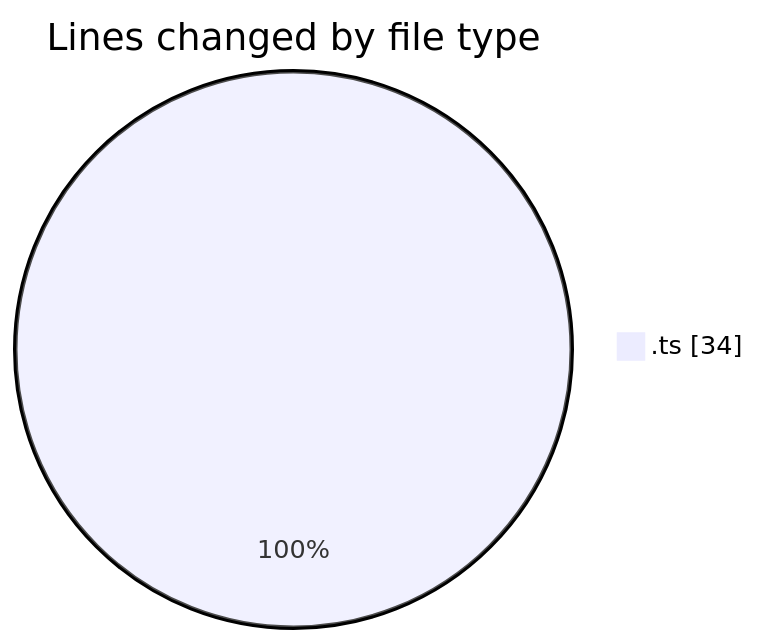
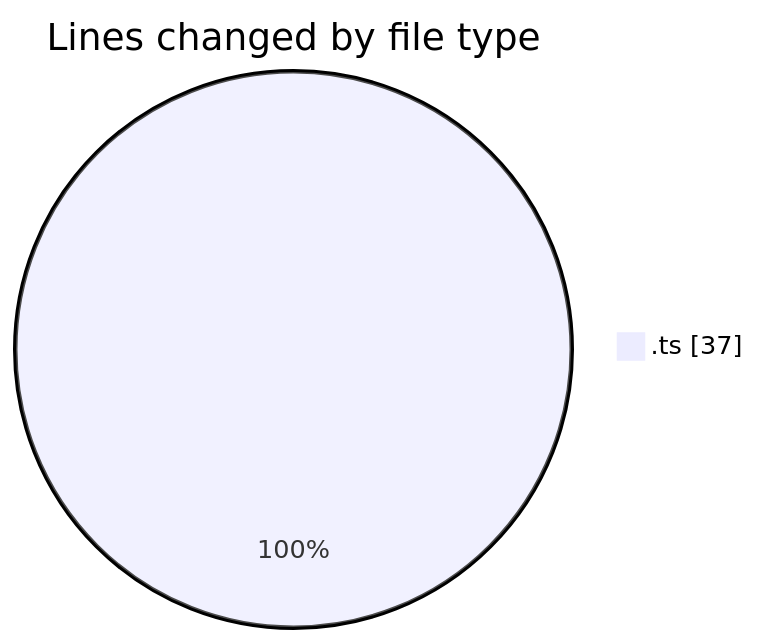
The first of 2 diagrams in 2025-10-23/cda/README.md (momahboobian/code-tracking), drawn with Mermaid before and after one commit. The commit also changed other lines of this file and 1 other file, not shown here.

````diff
--- a/2025-10-23/cda/README.md
+++ b/2025-10-23/cda/README.md
@@ -21,5 +21,5 @@
 ```mermaid
 pie showData
 title Lines changed by file type
-".ts" : 34
+".ts" : 37
 ```
````
